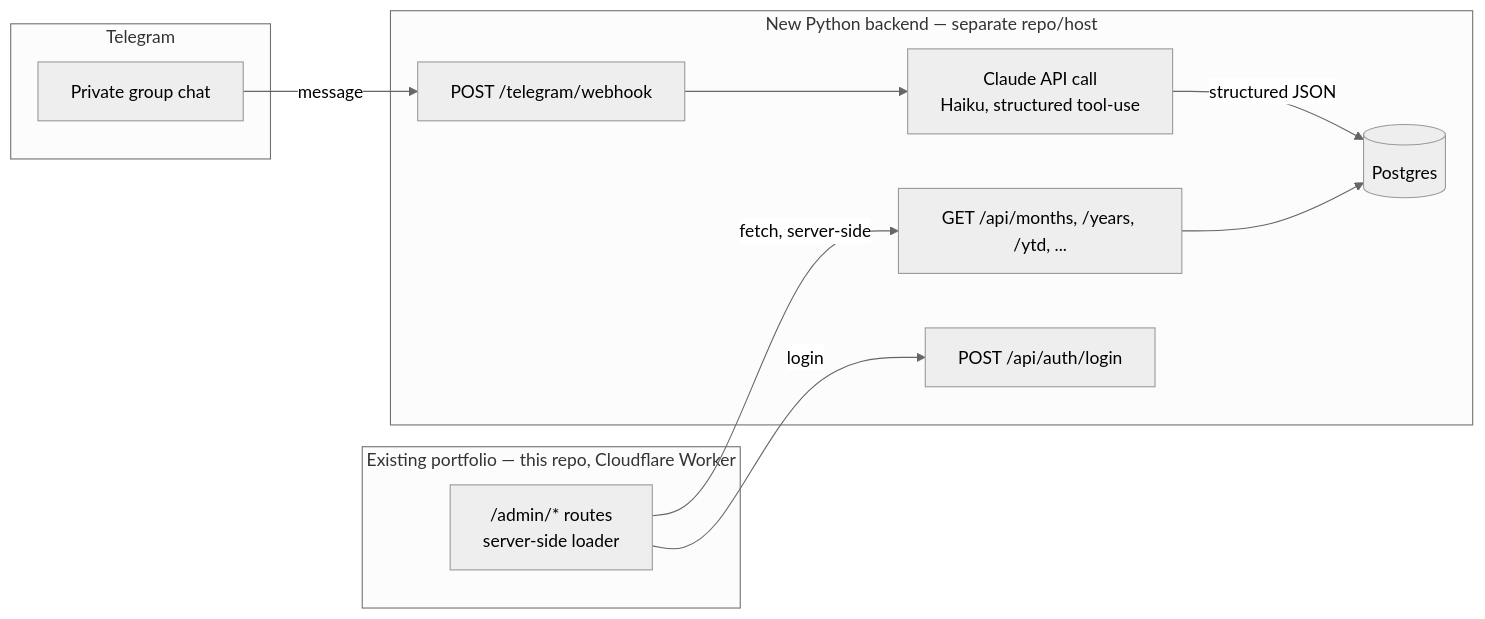
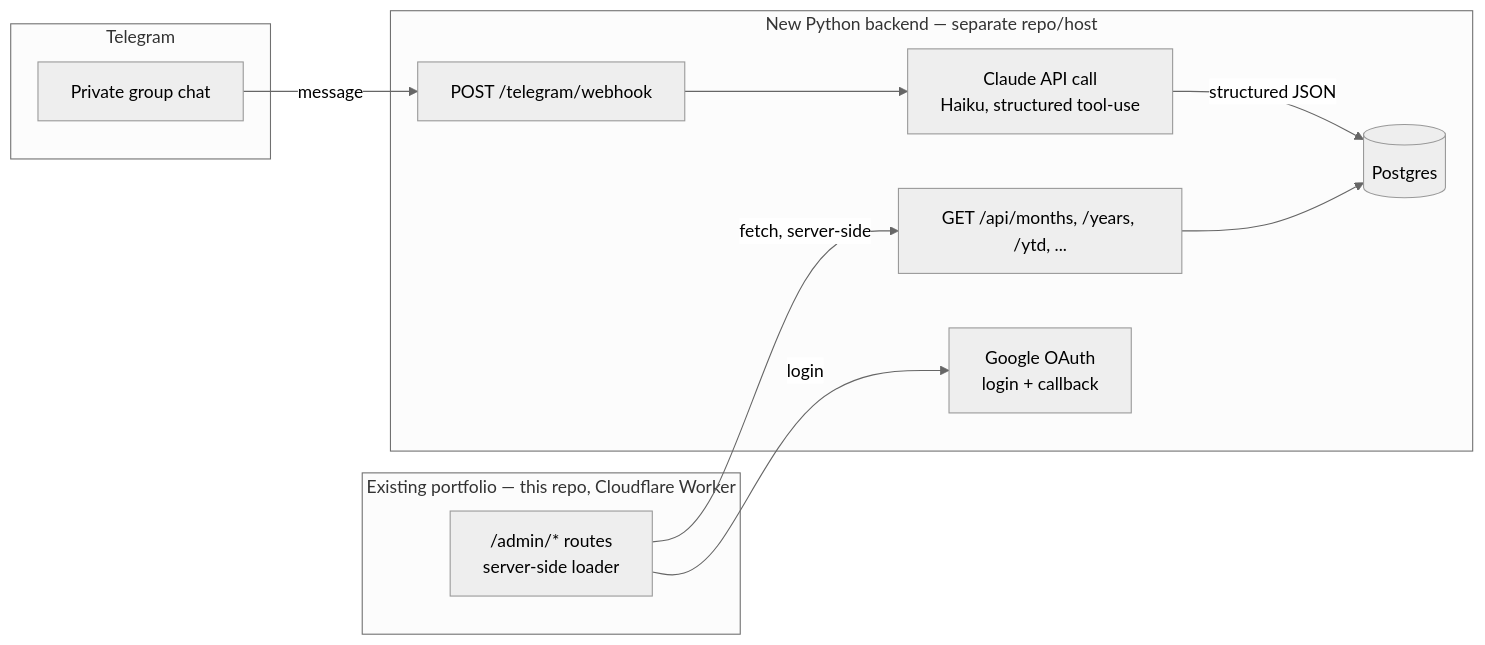
One commit to Alvacampos/personal-portfolio changed the diagram in docs/finance-tracker.md. Above: the diagram before and after it, drawn with Mermaid (neutral theme). The commit also changed other lines of this file, not shown here.

````diff
--- a/docs/finance-tracker.md
+++ b/docs/finance-tracker.md
@@ -62,23 +66,23 @@
 ```mermaid
 flowchart LR
     subgraph Telegram
         G[Private group chat]
     end
     subgraph Backend["New Python backend — separate repo/host"]
         WH["POST /telegram/webhook"]
         AI["Claude API call<br/>Haiku, structured tool-use"]
         DB[(Postgres)]
         API["GET /api/months, /years, /ytd, ..."]
-        AUTH["POST /api/auth/login"]
+        AUTH["Google OAuth<br/>login + callback"]
     end
     subgraph CV["Existing portfolio — this repo, Cloudflare Worker"]
         ADMIN["/admin/* routes<br/>server-side loader"]
     end
 
     G -- message --> WH
     WH --> AI
     AI -- structured JSON --> DB
     ADMIN -- login --> AUTH
     ADMIN -- fetch, server-side --> API
     API --> DB
 ```
````
